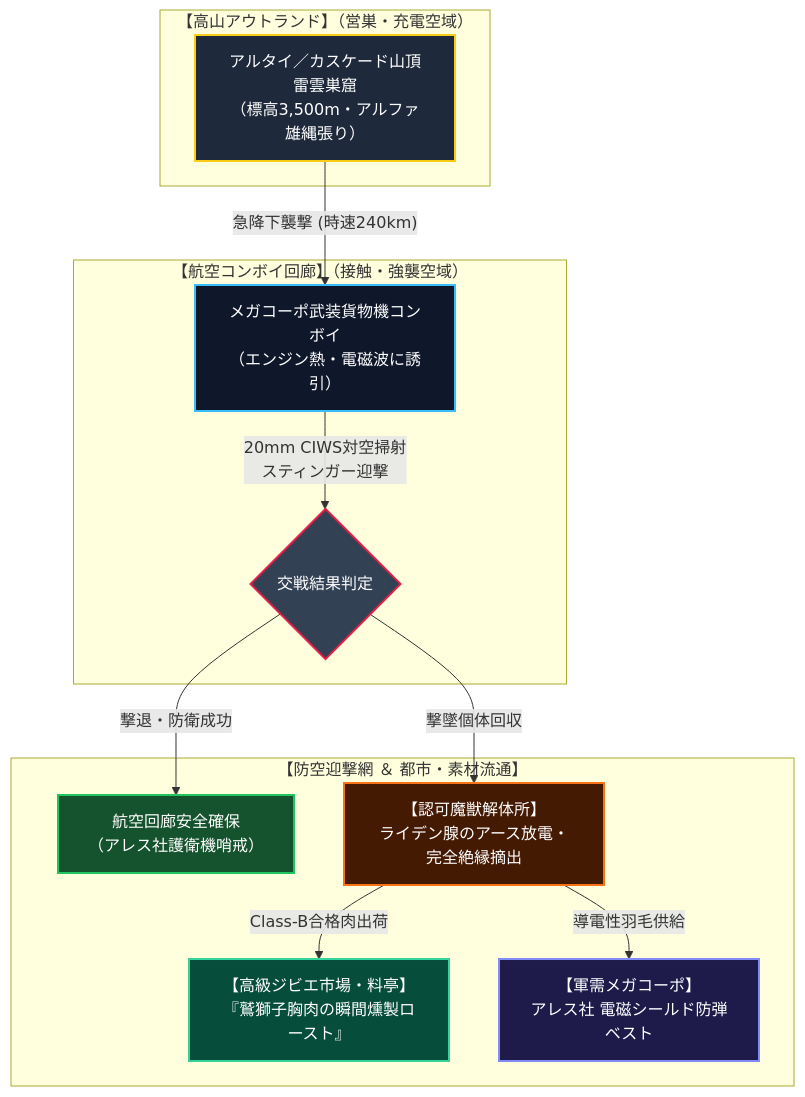
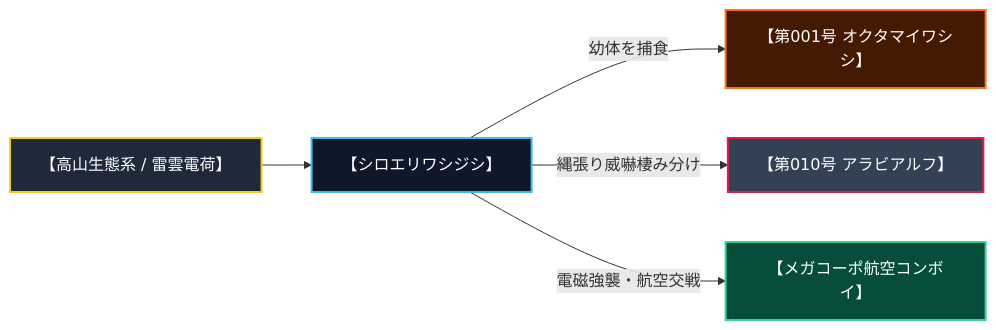
One commit to takenoriohno-cloud/world-building changed the second of 3 diagrams in creatures/002_thunder_gryphon.md. Above: the diagram before and after it, drawn with Mermaid. The commit also changed other lines of this file and 10 other files, not shown here.

````diff
--- a/creatures/002_thunder_gryphon.md
+++ b/creatures/002_thunder_gryphon.md
@@ -117,24 +131,13 @@
 ```mermaid
-flowchart TD
-    subgraph "【高山アウトランド】（営巣・充電空域）"
-        A["アルタイ／カスケード山頂雷雲巣窟<br>（標高3,500m・アルファ雄縄張り）"]
-    end
-    subgraph "【航空コンボイ回廊】（接触・強襲空域）"
-        A -->|"急降下襲撃 (時速240km)"| B["メガコーポ武装貨物機コンボイ<br>（エンジン熱・電磁波に誘引）"]
-        B -->|"20mm CIWS対空掃射<br>スティンガー迎撃"| C{"交戦結果判定"}
-    end
-    subgraph "【防空迎撃網 ＆ 都市・素材流通】"
-        C -->|"撃退・防衛成功"| D["航空回廊安全確保<br>（アレス社護衛機哨戒）"]
-        C -->|"撃墜個体回収"| E["【認可魔獣解体所】<br>ライデン腺のアース放電・完全絶縁摘出"]
-        E -->|"Class-B合格肉出荷"| F["【高級ジビエ市場・料亭】<br>『鷲獅子胸肉の瞬間燻製ロースト』"]
-        E -->|"導電性羽毛供給"| G["【軍需メガコーポ】<br>アレス社 電磁シールド防弾ベスト"]
-    end
+flowchart LR
+    A["【高山生態系 / 雷雲電荷】"] --> B["【シロエリワシジシ】"]
+    B -->|幼体を捕食| C["【第001号 オクタマイワシシ】"]
+    B -->|縄張り威嚇棲み分け| D["【第010号 アラビアルフ】"]
+    B -->|電磁強襲・航空交戦| E["【メガコーポ航空コンボイ】"]
 
     style A fill:#1e293b,stroke:#facc15,stroke-width:2px,color:#ffffff;
     style B fill:#0f172a,stroke:#38bdf8,stroke-width:2px,color:#ffffff;
-    style C fill:#334155,stroke:#e11d48,stroke-width:2px,color:#ffffff;
-    style D fill:#14532d,stroke:#22c55e,stroke-width:2px,color:#ffffff;
-    style E fill:#451a03,stroke:#f97316,stroke-width:2px,color:#ffffff;
-    style F fill:#064e3b,stroke:#34d399,stroke-width:2px,color:#ffffff;
-    style G fill:#1e1b4b,stroke:#818cf8,stroke-width:2px,color:#ffffff;
+    style C fill:#451a03,stroke:#f97316,stroke-width:2px,color:#ffffff;
+    style D fill:#334155,stroke:#e11d48,stroke-width:2px,color:#ffffff;
+    style E fill:#064e3b,stroke:#34d399,stroke-width:2px,color:#ffffff;
 ```
````
